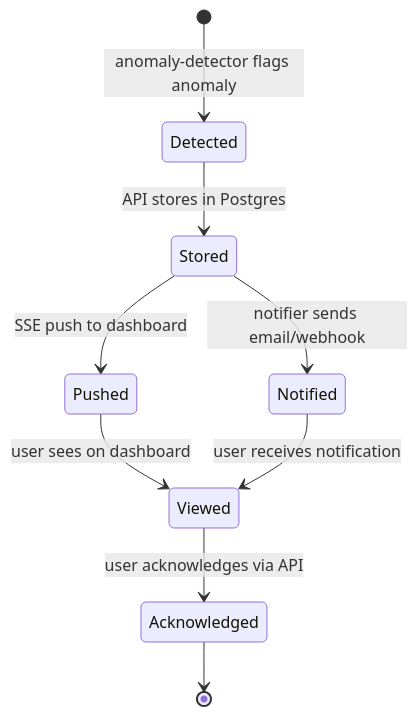
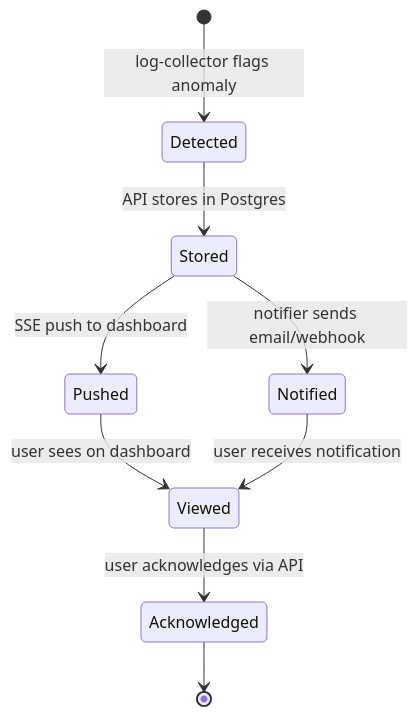
One commit to SerraFacundo/anomaly-watch changed the fifth of 5 diagrams in ARCHITECTURE.md. Above: the diagram before and after it, drawn with Mermaid. The commit also changed other lines of this file and 33 other files, not shown here.

First line of the commit message:
feat: brokerless log transport — ingest, collector, score cache

````diff
--- a/ARCHITECTURE.md
+++ b/ARCHITECTURE.md
@@ -410,11 +459,11 @@
 ```mermaid
 stateDiagram-v2
-    [*] --> Detected: anomaly-detector flags anomaly
+    [*] --> Detected: log-collector flags anomaly
     Detected --> Stored: API stores in Postgres
     Stored --> Pushed: SSE push to dashboard
     Stored --> Notified: notifier sends email/webhook
     Pushed --> Viewed: user sees on dashboard
     Notified --> Viewed: user receives notification
     Viewed --> Acknowledged: user acknowledges via API
     Acknowledged --> [*]
 ```
````
